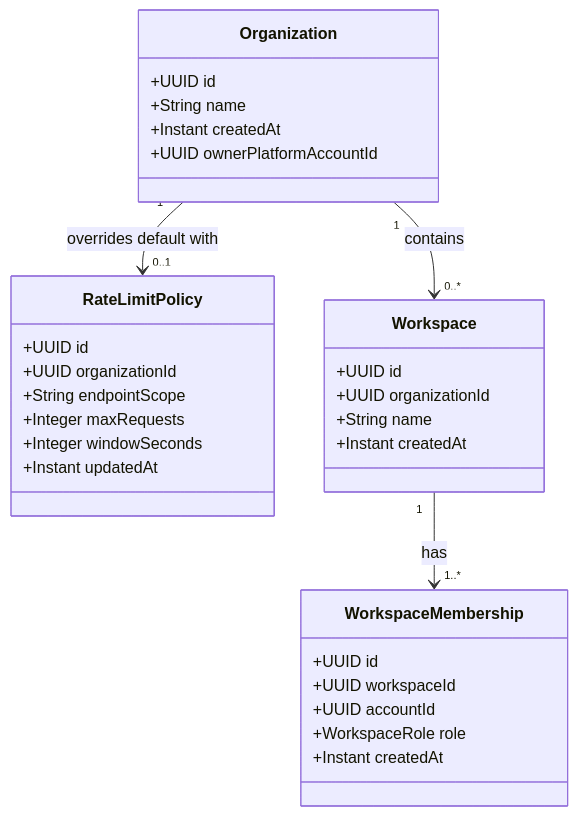
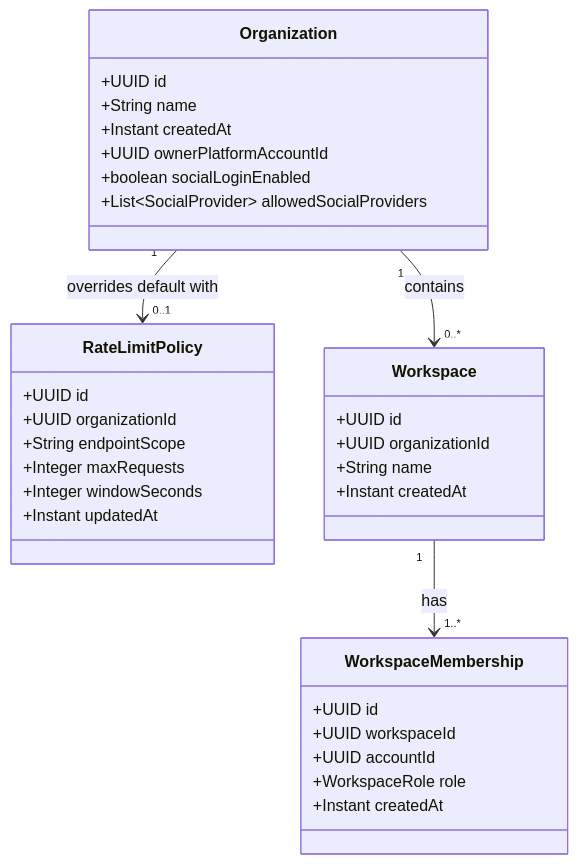
Before and after one commit to RedeArmy/Clavaris: the second of 6 diagrams in docs/02-domain/domain-model.md, drawn with Mermaid. The commit also changed other lines of this file and 134 other files, not shown here.

````diff
--- a/docs/02-domain/domain-model.md
+++ b/docs/02-domain/domain-model.md
@@ -92,34 +94,36 @@
 ```mermaid
 classDiagram
     class Organization {
         +UUID id
         +String name
         +Instant createdAt
         +UUID ownerPlatformAccountId
+        +boolean socialLoginEnabled
+        +List~SocialProvider~ allowedSocialProviders
     }
     class RateLimitPolicy {
         +UUID id
         +UUID organizationId
         +String endpointScope
         +Integer maxRequests
         +Integer windowSeconds
         +Instant updatedAt
     }
     class Workspace {
         +UUID id
         +UUID organizationId
         +String name
         +Instant createdAt
     }
     class WorkspaceMembership {
         +UUID id
         +UUID workspaceId
         +UUID accountId
         +WorkspaceRole role
         +Instant createdAt
     }
 
     Organization "1" --> "0..*" Workspace : contains
     Organization "1" --> "0..1" RateLimitPolicy : overrides default with
     Workspace "1" --> "1..*" WorkspaceMembership : has
 ```
````
